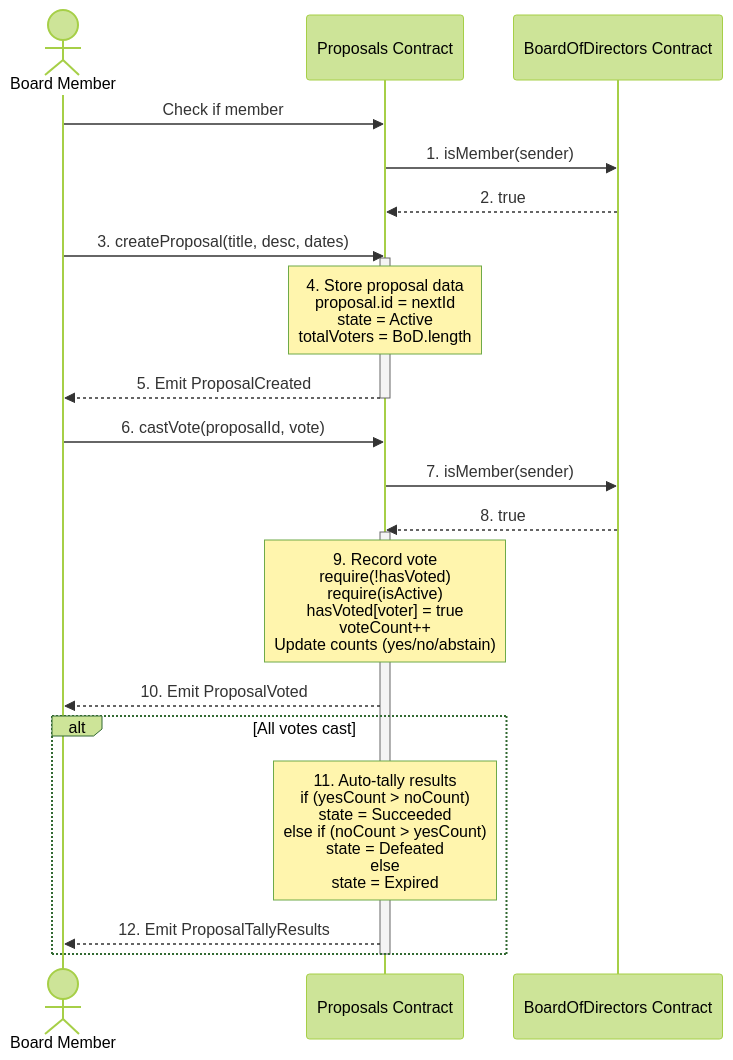
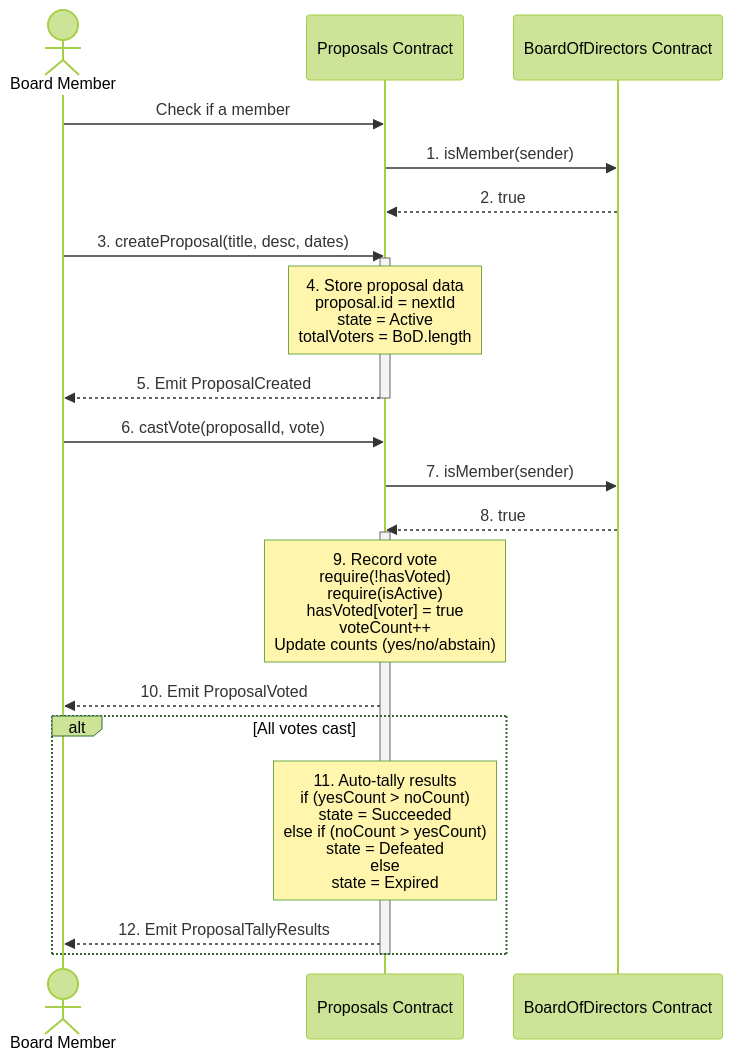
Before and after one commit to globe-and-citizen/cnc-portal: the sixth of 7 diagrams in docs/contracts/contracts-architecture-diagram.md, drawn with Mermaid (forest theme). The commit also changed other lines of this file, not shown here.

Commit message:
docs: fix typo in docs/contracts/contracts-architecture-diagram.md

````diff
--- a/docs/contracts/contracts-architecture-diagram.md
+++ b/docs/contracts/contracts-architecture-diagram.md
@@ -307,33 +307,33 @@
 ```mermaid
 sequenceDiagram
     actor BoardMember as Board Member
     participant Proposals as Proposals Contract
     participant BoD as BoardOfDirectors Contract
 
-    BoardMember->>Proposals: Check if member
+    BoardMember->>Proposals: Check if a member
     Proposals->>BoD: 1. isMember(sender)
     BoD-->>Proposals: 2. true
 
     BoardMember->>Proposals: 3. createProposal(title, desc, dates)
 
     activate Proposals
     Note over Proposals: 4. Store proposal data<br/>proposal.id = nextId<br/>state = Active<br/>totalVoters = BoD.length
     Proposals-->>BoardMember: 5. Emit ProposalCreated
     deactivate Proposals
 
     BoardMember->>Proposals: 6. castVote(proposalId, vote)
 
     Proposals->>BoD: 7. isMember(sender)
     BoD-->>Proposals: 8. true
 
     activate Proposals
     Note over Proposals: 9. Record vote<br/>require(!hasVoted)<br/>require(isActive)<br/>hasVoted[voter] = true<br/>voteCount++<br/>Update counts (yes/no/abstain)
 
     Proposals-->>BoardMember: 10. Emit ProposalVoted
 
     alt All votes cast
         Note over Proposals: 11. Auto-tally results<br/>if (yesCount > noCount)<br/>  state = Succeeded<br/>else if (noCount > yesCount)<br/>  state = Defeated<br/>else<br/>  state = Expired
         Proposals-->>BoardMember: 12. Emit ProposalTallyResults
     end
     deactivate Proposals
 ```
````
